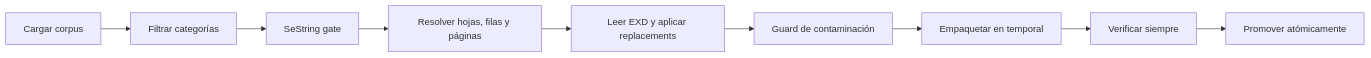
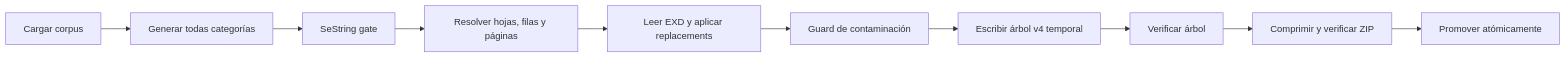
One commit to JadeArkadian/FFXIV-Spanish-Patcher changed the diagram in docs/DESIGN.md. Above: the diagram before and after it, drawn with Mermaid. The commit also changed other lines of this file and 29 other files, not shown here.

````diff
--- a/docs/DESIGN.md
+++ b/docs/DESIGN.md
@@ -71,11 +72,12 @@
 ```mermaid
 flowchart LR
-  A["Cargar corpus"] --> B["Filtrar categorías"]
+  A["Cargar corpus"] --> B["Generar todas categorías"]
   B --> C["SeString gate"]
   C --> D["Resolver hojas, filas y páginas"]
   D --> E["Leer EXD y aplicar replacements"]
   E --> F["Guard de contaminación"]
-  F --> G["Empaquetar en temporal"]
-  G --> H["Verificar siempre"]
-  H --> I["Promover atómicamente"]
+  F --> G["Escribir árbol v4 temporal"]
+  G --> H["Verificar árbol"]
+  H --> I["Comprimir y verificar ZIP"]
+  I --> J["Promover atómicamente"]
 ```
````
